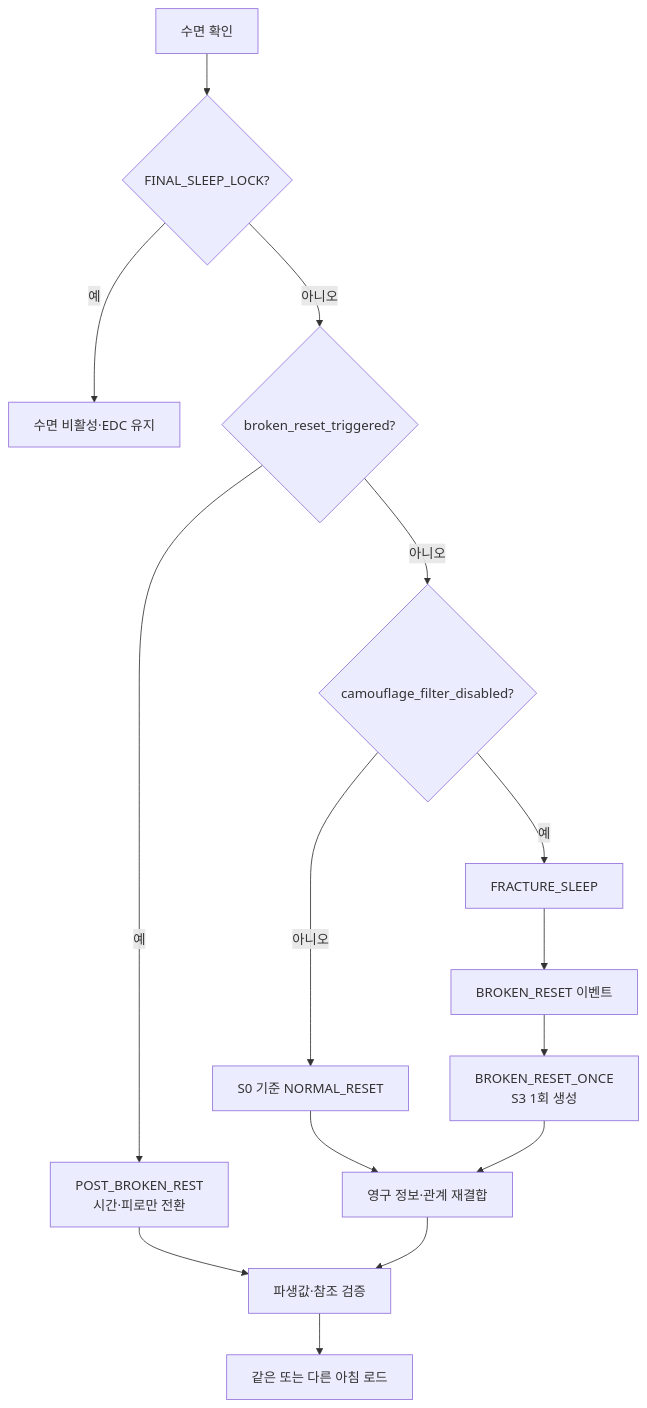
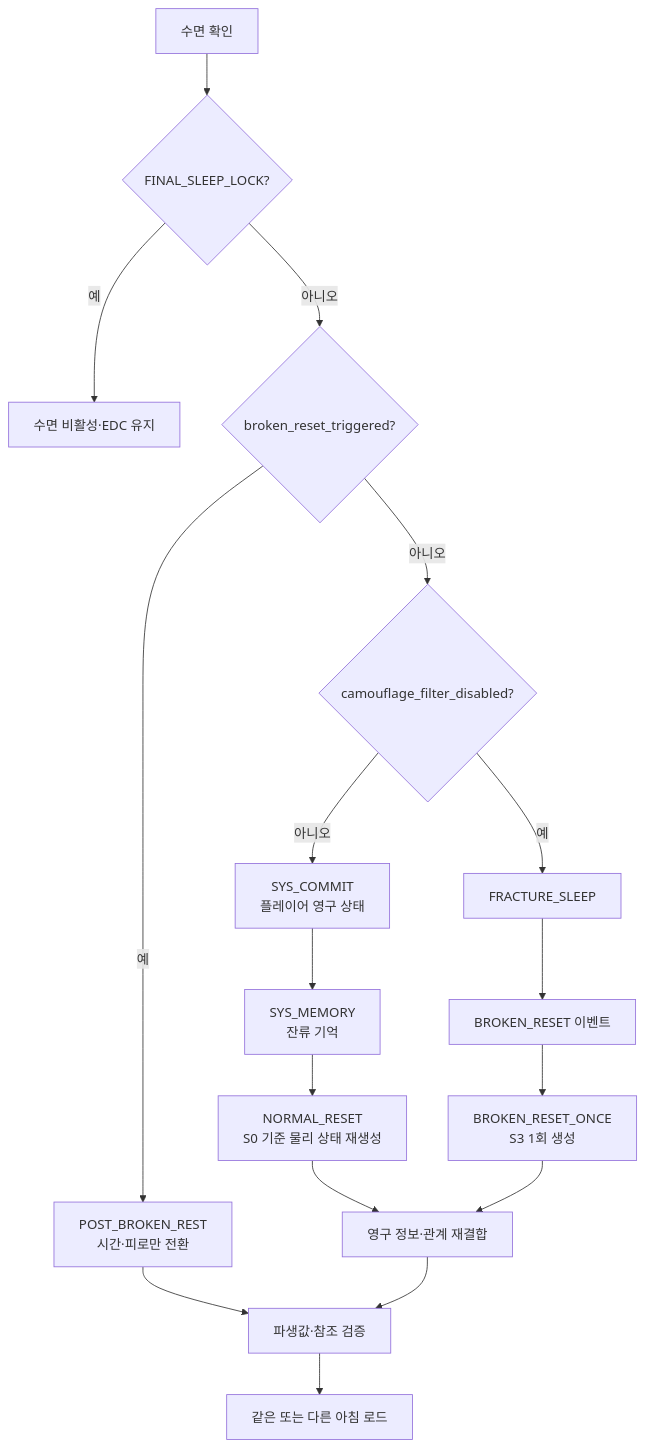
One commit to devb-eru/ggb changed the diagram in ideas/md/v04/17_상태변수_이벤트ID_Godot데이터구조.md. Above: the diagram before and after it, drawn with Mermaid. The commit also changed other lines of this file and 13 other files, not shown here.

````diff
--- a/ideas/md/v04/17_상태변수_이벤트ID_Godot데이터구조.md
+++ b/ideas/md/v04/17_상태변수_이벤트ID_Godot데이터구조.md
@@ -539,17 +587,19 @@
 ```mermaid
 flowchart TD
     S["수면 확인"] --> F{"FINAL_SLEEP_LOCK?"}
     F -- "예" --> L["수면 비활성·EDC 유지"]
     F -- "아니오" --> B{"broken_reset_triggered?"}
     B -- "예" --> R["POST_BROKEN_REST<br/>시간·피로만 전환"]
     B -- "아니오" --> C{"camouflage_filter_disabled?"}
     C -- "예" --> FS["FRACTURE_SLEEP"]
     FS --> BR["BROKEN_RESET 이벤트"]
     BR --> O["BROKEN_RESET_ONCE<br/>S3 1회 생성"]
-    C -- "아니오" --> N["S0 기준 NORMAL_RESET"]
+    C -- "아니오" --> SC["SYS_COMMIT<br/>플레이어 영구 상태"]
+    SC --> SM["SYS_MEMORY<br/>잔류 기억"]
+    SM --> N["NORMAL_RESET<br/>S0 기준 물리 상태 재생성"]
     N --> P["영구 정보·관계 재결합"]
     O --> P
     R --> V["파생값·참조 검증"]
     P --> V
     V --> M["같은 또는 다른 아침 로드"]
 ```
````
